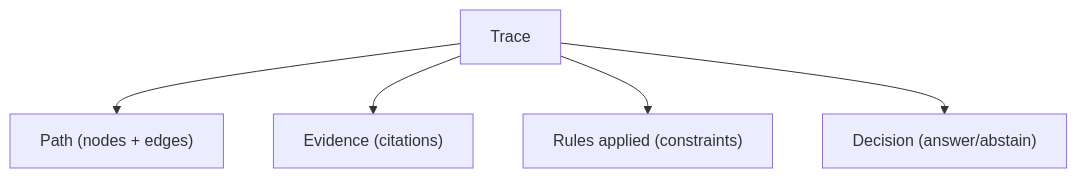
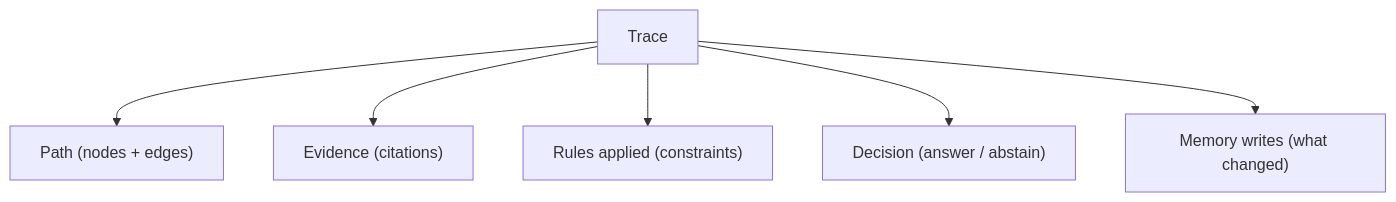
The third of 3 diagrams in docs/methodology/brcausalgraphrag.md (5Reasons/5reasons.github.io), drawn with Mermaid before and after one commit. The commit also changed other lines of this file and 19 other files, not shown here.

````diff
--- a/docs/methodology/brcausalgraphrag.md
+++ b/docs/methodology/brcausalgraphrag.md
@@ -34,7 +114,8 @@
 ```mermaid
-flowchart TB
-  T[Trace] --> P["Path (nodes + edges)"]
-  T --> E["Evidence (citations)"]
-  T --> R["Rules applied (constraints)"]
-  T --> D["Decision (answer/abstain)"]
+flowchart TB;
+  T["Trace"] --> P["Path (nodes + edges)"];
+  T --> E["Evidence (citations)"];
+  T --> R["Rules applied (constraints)"];
+  T --> D["Decision (answer / abstain)"];
+  T --> M["Memory writes (what changed)"];
 ```
````
